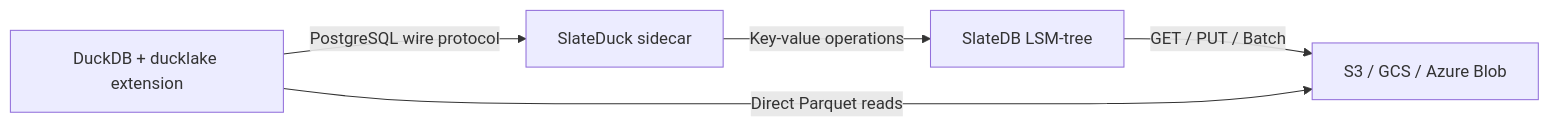
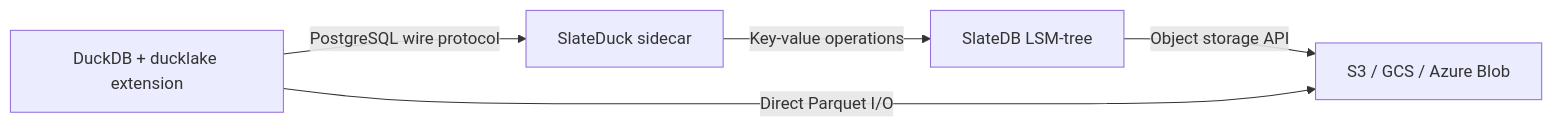
Before and after one commit to trickle-labs/rocklake: the diagram in docs/getting-started/what-is-slateduck.md, drawn with Mermaid. The commit also changed other lines of this file and 253 other files, not shown here.

````diff
--- a/docs/getting-started/what-is-slateduck.md
+++ b/docs/getting-started/what-is-slateduck.md
@@ -17,7 +17,7 @@
 ```mermaid
 graph LR
     DDB[DuckDB + ducklake extension] -->|PostgreSQL wire protocol| SD[SlateDuck sidecar]
     SD -->|Key-value operations| SDB[SlateDB LSM-tree]
-    SDB -->|GET / PUT / Batch| OBJ[S3 / GCS / Azure Blob]
-    DDB -->|Direct Parquet reads| OBJ
+    SDB -->|Object storage API| OBJ[S3 / GCS / Azure Blob]
+    DDB -->|Direct Parquet I/O| OBJ
 ```
````
